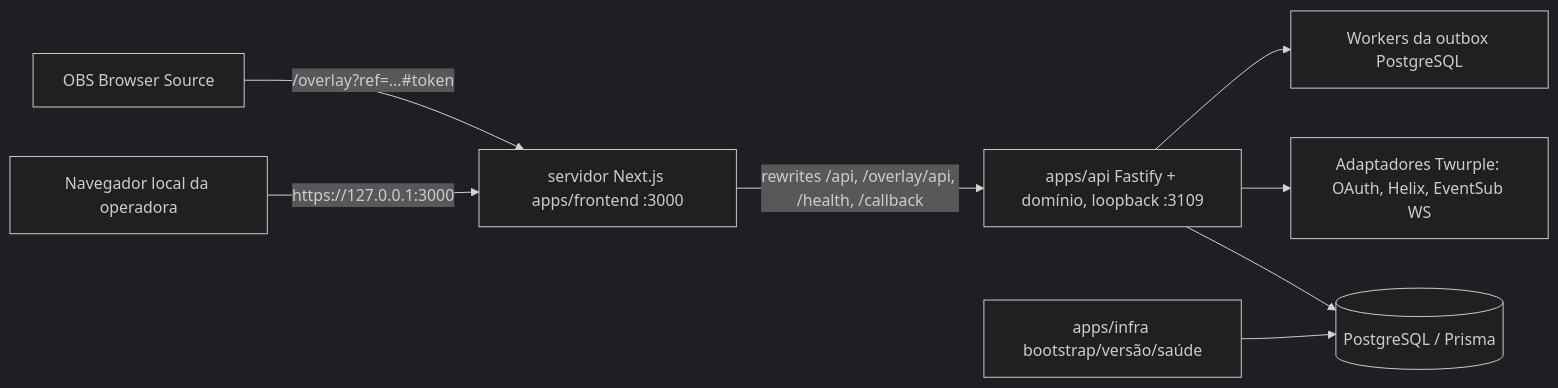
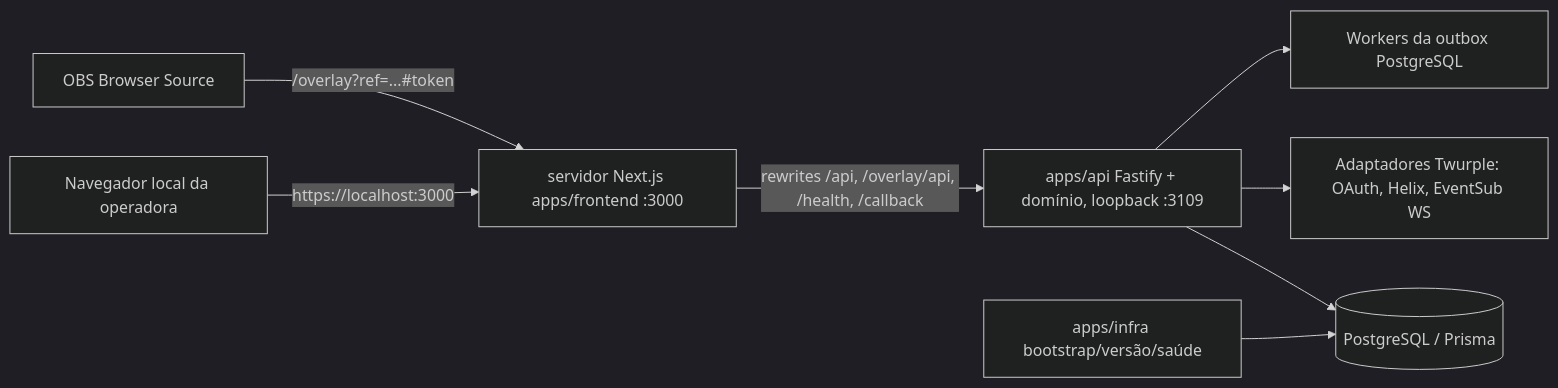
Before and after one commit to gustavo8000br/subarushogun_gi_twich_bot: the diagram in docs/pt-BR/fullstack-architecture.md, drawn with Mermaid (dark theme). The commit also changed 18 other files, not shown here.

First line of the commit message:
docs(ops): runbooks, ledger, handoff, research notes and architecture for the OPS-15 base [OPS-15]

````diff
--- a/docs/pt-BR/fullstack-architecture.md
+++ b/docs/pt-BR/fullstack-architecture.md
@@ -11,10 +11,10 @@
 ```mermaid
 flowchart LR
-  Browser[Navegador local da operadora] -->|https://127.0.0.1:3000| Next[servidor Next.js apps/frontend :3000]
+  Browser[Navegador local da operadora] -->|https://localhost:3000| Next[servidor Next.js apps/frontend :3000]
   OBS[OBS Browser Source] -->|/overlay?ref=...#token| Next
   Next -->|rewrites /api, /overlay/api, /health, /callback| API[apps/api Fastify + domínio, loopback :3109]
   API --> DB[(PostgreSQL / Prisma)]
   API --> Twitch[Adaptadores Twurple: OAuth, Helix, EventSub WS]
   API --> Outbox[Workers da outbox PostgreSQL]
   Infra[apps/infra bootstrap/versão/saúde] --> DB
 ```
````
